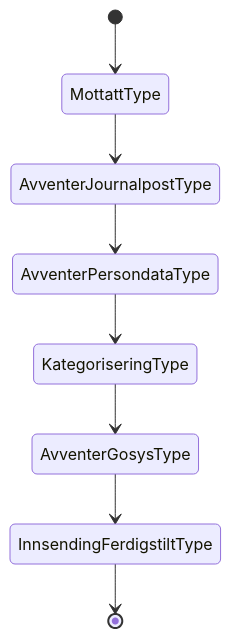
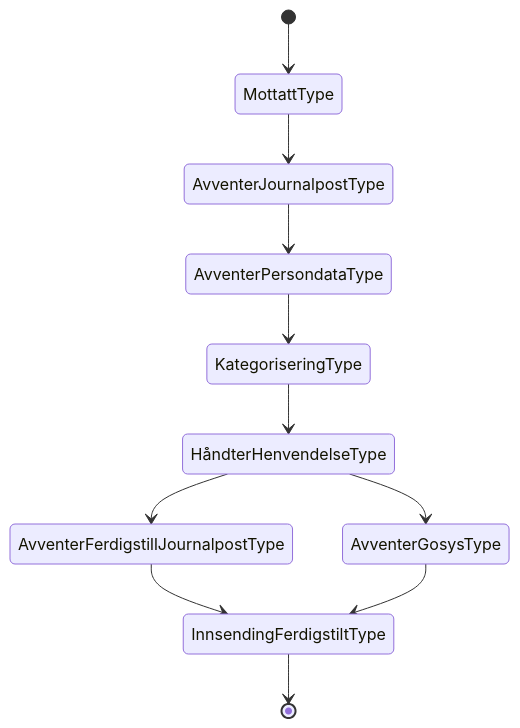
One commit to navikt/dp-mottak changed the diagram in docs/arkitektur/tilstander/Ukjente brevkoder.approved.md. Above: the diagram before and after it, drawn with Mermaid. The commit also changed 3 other files, not shown here.

````diff
--- a/docs/arkitektur/tilstander/Ukjente brevkoder.approved.md
+++ b/docs/arkitektur/tilstander/Ukjente brevkoder.approved.md
@@ -3,10 +3,13 @@
 ```mermaid
    stateDiagram
    [*]-->MottattType
    	MottattType --> AvventerJournalpostType
 	AvventerJournalpostType --> AvventerPersondataType
 	AvventerPersondataType --> KategoriseringType
-	KategoriseringType --> AvventerGosysType
+	KategoriseringType --> HåndterHenvendelseType
+    HåndterHenvendelseType --> AvventerGosysType
+    HåndterHenvendelseType --> AvventerFerdigstillJournalpostType
+    AvventerFerdigstillJournalpostType --> InnsendingFerdigstiltType
 	AvventerGosysType --> InnsendingFerdigstiltType
    InnsendingFerdigstiltType--> [*]    
 ```
````
